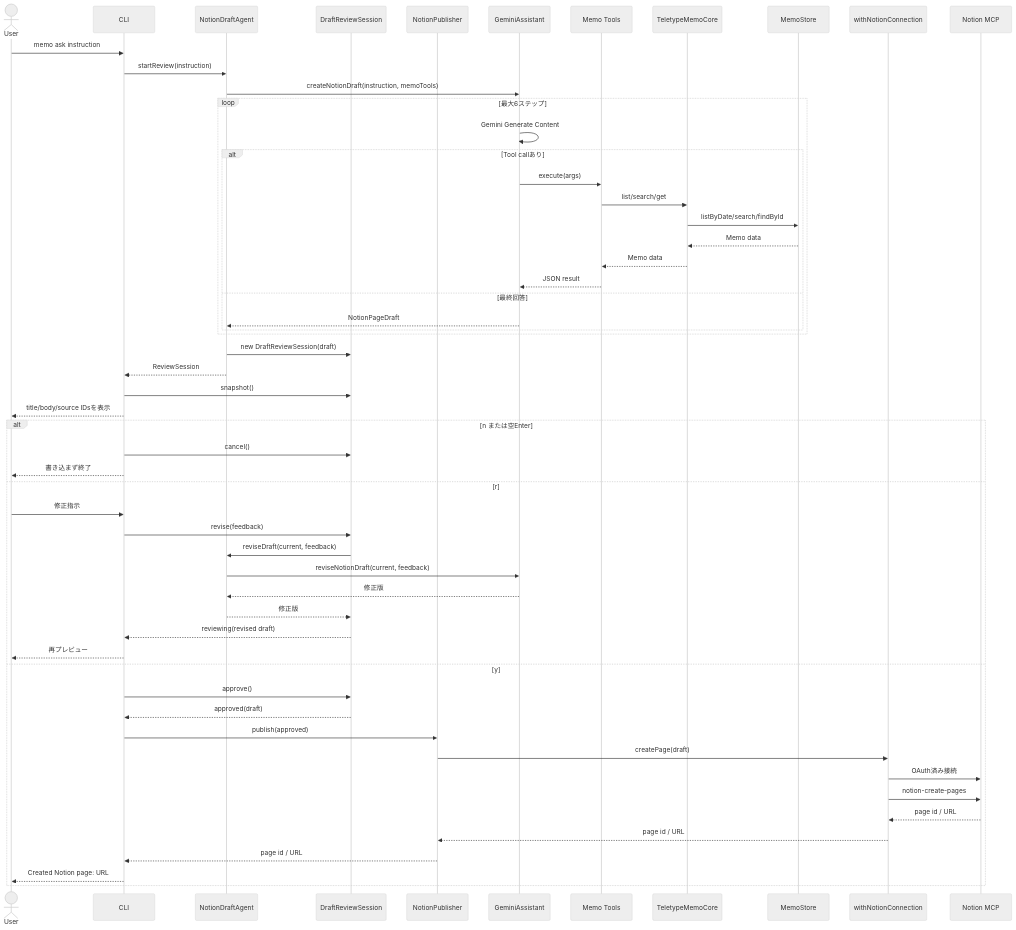
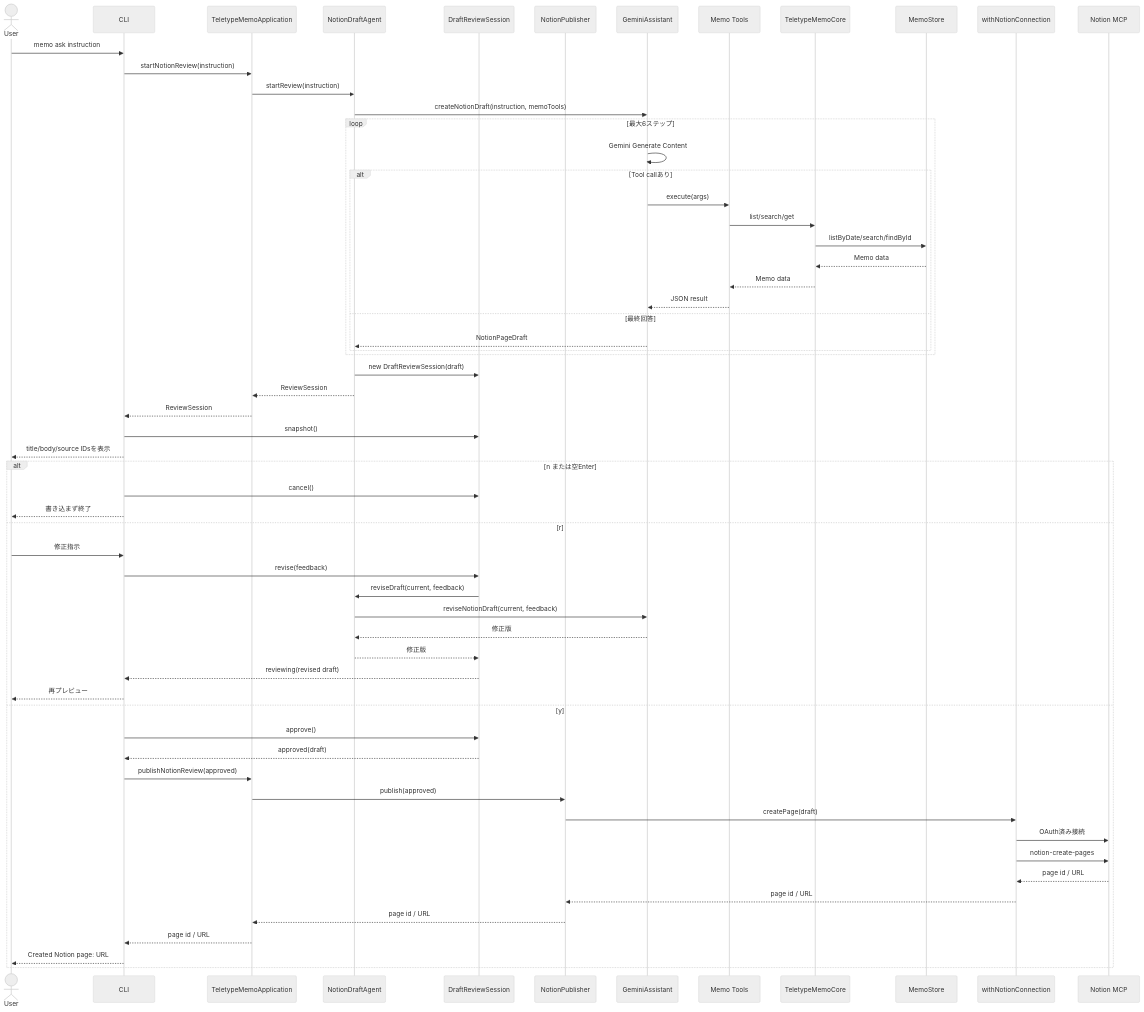
The third of 4 diagrams in docs/DETAILED_DESIGN.md (hk206/terminal-ai-memo), drawn with Mermaid (neutral theme) before and after one commit. The commit also changed other lines of this file and 6 other files, not shown here.

````diff
--- a/docs/DETAILED_DESIGN.md
+++ b/docs/DETAILED_DESIGN.md
@@ -253,59 +264,64 @@
 ```mermaid
 sequenceDiagram
     actor U as User
     participant C as CLI
+    participant App as TeletypeMemoApplication
     participant A as NotionDraftAgent
     participant R as DraftReviewSession
     participant P as NotionPublisher
     participant G as GeminiAssistant
     participant T as Memo Tools
     participant Core as TeletypeMemoCore
     participant S as MemoStore
     participant W as withNotionConnection
     participant M as Notion MCP
 
     U->>C: memo ask instruction
-    C->>A: startReview(instruction)
+    C->>App: startNotionReview(instruction)
+    App->>A: startReview(instruction)
     A->>G: createNotionDraft(instruction, memoTools)
     loop 最大6ステップ
         G->>G: Gemini Generate Content
         alt Tool callあり
             G->>T: execute(args)
             T->>Core: list/search/get
             Core->>S: listByDate/search/findById
             S-->>Core: Memo data
             Core-->>T: Memo data
             T-->>G: JSON result
         else 最終回答
             G-->>A: NotionPageDraft
         end
     end
     A->>R: new DraftReviewSession(draft)
-    A-->>C: ReviewSession
+    A-->>App: ReviewSession
+    App-->>C: ReviewSession
     C->>R: snapshot()
     C-->>U: title/body/source IDsを表示
     alt n または空Enter
         C->>R: cancel()
         C-->>U: 書き込まず終了
     else r
         U->>C: 修正指示
         C->>R: revise(feedback)
         R->>A: reviseDraft(current, feedback)
         A->>G: reviseNotionDraft(current, feedback)
         G-->>A: 修正版
         A-->>R: 修正版
         R-->>C: reviewing(revised draft)
         C-->>U: 再プレビュー
     else y
         C->>R: approve()
         R-->>C: approved(draft)
-        C->>P: publish(approved)
+        C->>App: publishNotionReview(approved)
+        App->>P: publish(approved)
         P->>W: createPage(draft)
         W->>M: OAuth済み接続
         W->>M: notion-create-pages
         M-->>W: page id / URL
         W-->>P: page id / URL
-        P-->>C: page id / URL
+        P-->>App: page id / URL
+        App-->>C: page id / URL
         C-->>U: Created Notion page: URL
     end
 ```
````
